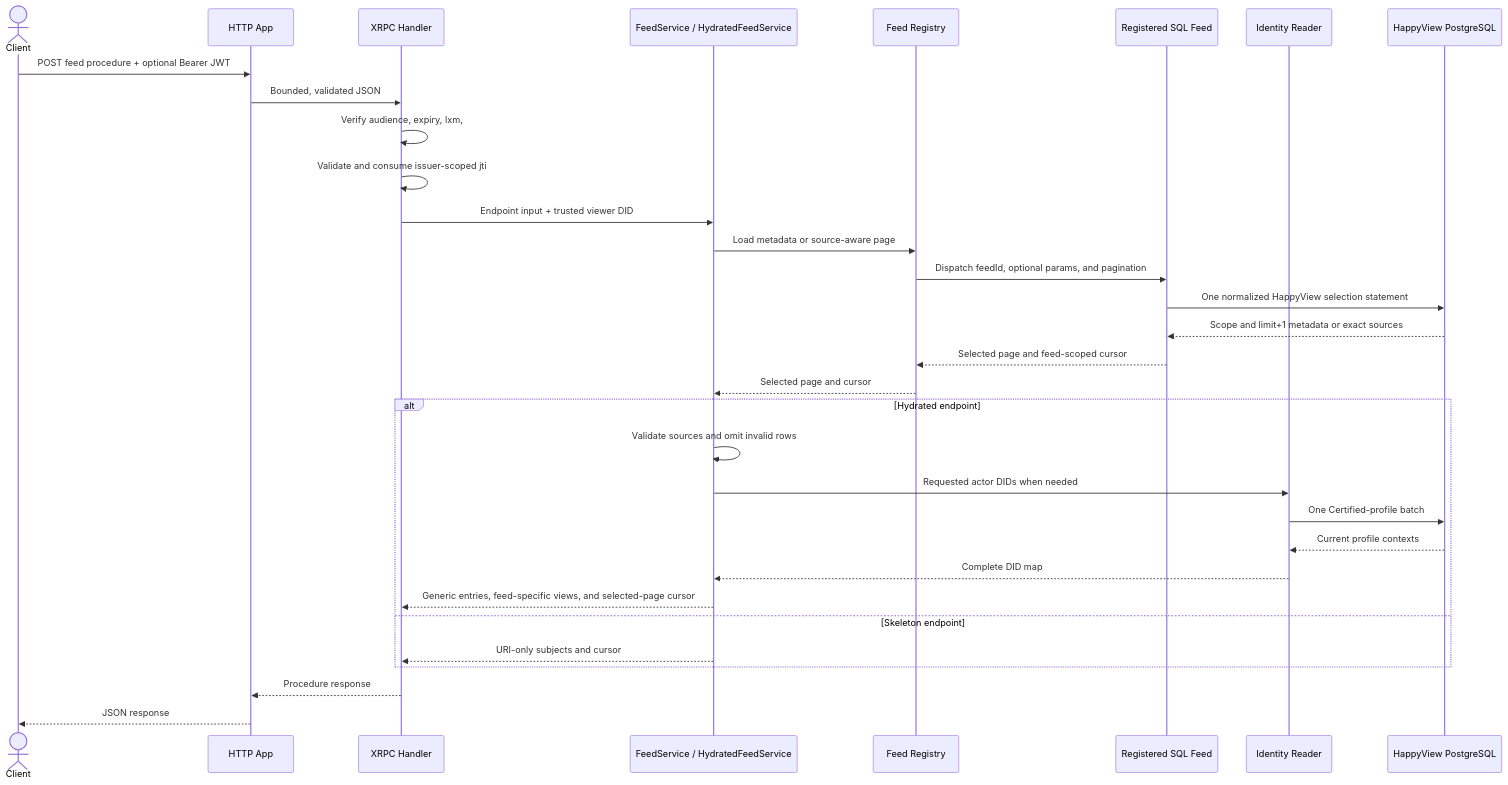
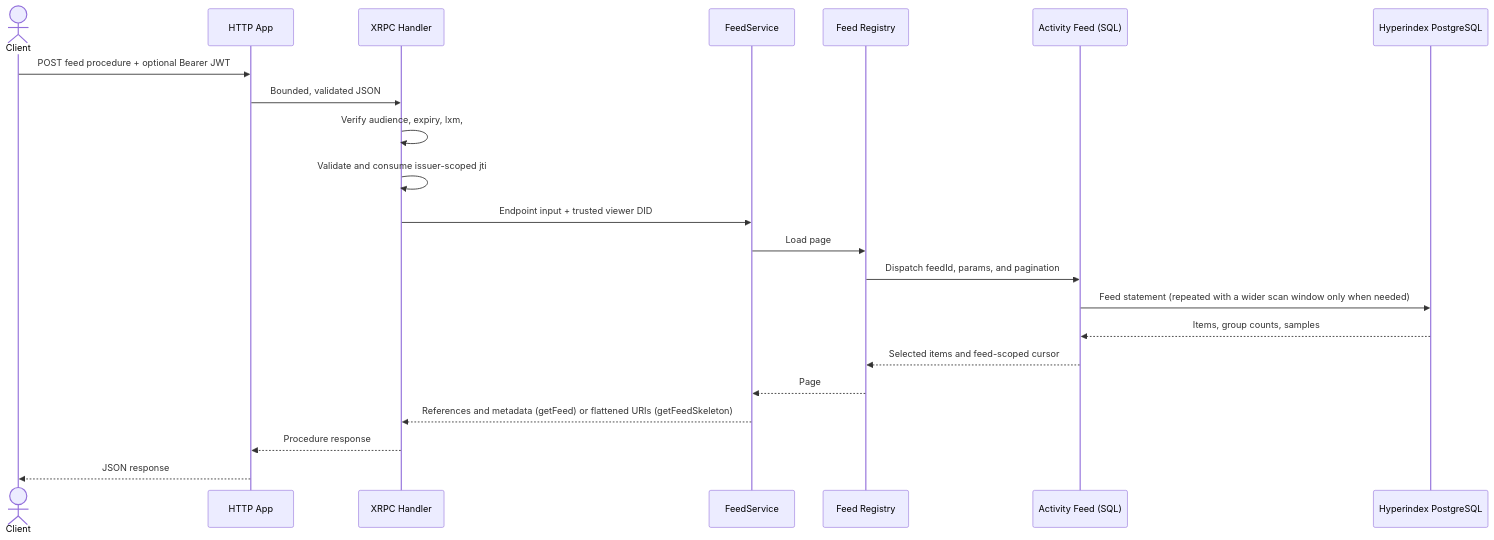
One commit to GainForest/gainforest-feed-service changed the diagram in README.md. Above: the diagram before and after it, drawn with Mermaid. The commit also changed other lines of this file and 72 other files, not shown here.

First line of the commit message:
feed: serve the gainforest activity feed from hyperindex

````diff
--- a/README.md
+++ b/README.md
@@ -113,35 +110,25 @@
 ```mermaid
 sequenceDiagram
     actor Client
     participant HTTP as HTTP App
     participant XRPC as XRPC Handler
-    participant Service as FeedService / HydratedFeedService
+    participant Service as FeedService
     participant Registry as Feed Registry
-    participant Feed as Registered SQL Feed
-    participant Identity as Identity Reader
-    participant DB as HappyView PostgreSQL
+    participant Feed as Activity Feed (SQL)
+    participant DB as Hyperindex PostgreSQL
 
     Client->>HTTP: POST feed procedure + optional Bearer JWT
     HTTP->>XRPC: Bounded, validated JSON
     XRPC->>XRPC: Verify audience, expiry, lxm, #atproto signature
     XRPC->>XRPC: Validate and consume issuer-scoped jti
     XRPC->>Service: Endpoint input + trusted viewer DID
-    Service->>Registry: Load metadata or source-aware page
-    Registry->>Feed: Dispatch feedId, optional params, and pagination
-    Feed->>DB: One normalized HappyView selection statement
-    DB-->>Feed: Scope and limit+1 metadata or exact sources
-    Feed-->>Registry: Selected page and feed-scoped cursor
-    Registry-->>Service: Selected page and cursor
-    alt Hydrated endpoint
-        Service->>Service: Validate sources and omit invalid rows
-        Service->>Identity: Requested actor DIDs when needed
-        Identity->>DB: One Certified-profile batch
-        DB-->>Identity: Current profile contexts
-        Identity-->>Service: Complete DID map
-        Service-->>XRPC: Generic entries, feed-specific views, and selected-page cursor
-    else Skeleton endpoint
-        Service-->>XRPC: URI-only subjects and cursor
-    end
+    Service->>Registry: Load page
+    Registry->>Feed: Dispatch feedId, params, and pagination
+    Feed->>DB: Feed statement (repeated with a wider scan window only when needed)
+    DB-->>Feed: Items, group counts, samples
+    Feed-->>Registry: Selected items and feed-scoped cursor
+    Registry-->>Service: Page
+    Service-->>XRPC: References and metadata (getFeed) or flattened URIs (getFeedSkeleton)
     XRPC-->>HTTP: Procedure response
     HTTP-->>Client: JSON response
 ```
````
